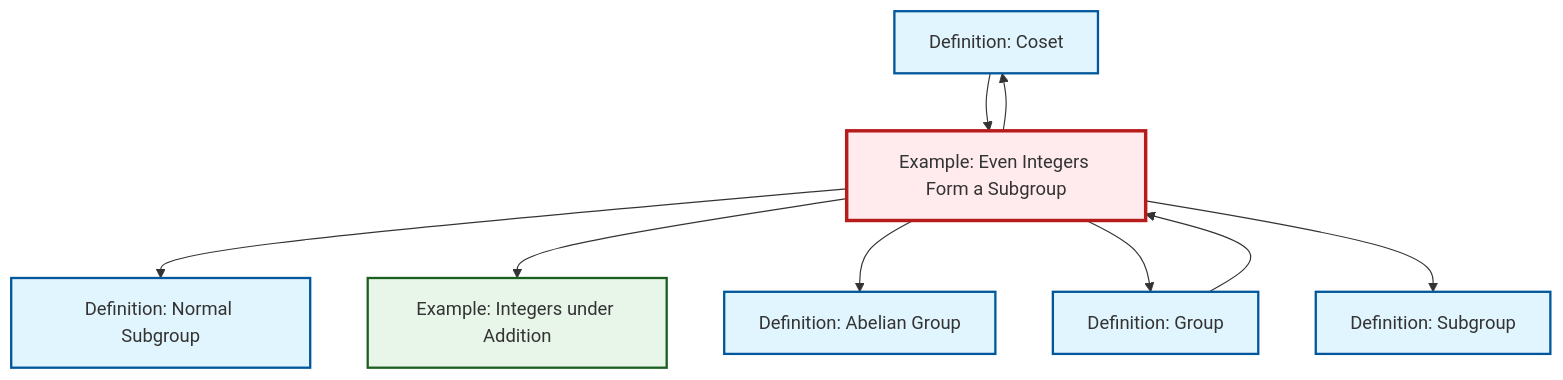
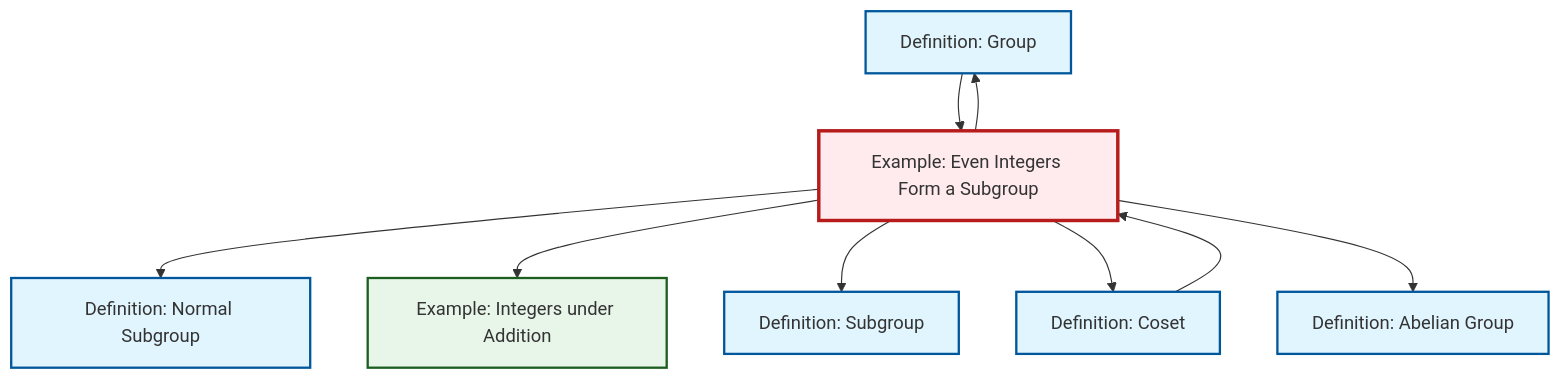
The diagram in output/mermaid/ex-even-integers-subgroup.mermaid (RK0429/ModernMath), drawn with Mermaid before and after one commit. The commit also changed other lines of this file and 1389 other files, not shown here.

```diff
--- a/output/mermaid/ex-even-integers-subgroup.mermaid
+++ b/output/mermaid/ex-even-integers-subgroup.mermaid
@@ -1,23 +1,23 @@
 %%| fig-cap: "Local dependency graph"
 graph TD
     classDef definition fill:#e1f5fe,stroke:#01579b,stroke-width:2px
     classDef theorem fill:#f3e5f5,stroke:#4a148c,stroke-width:2px
     classDef axiom fill:#fff3e0,stroke:#e65100,stroke-width:2px
     classDef example fill:#e8f5e9,stroke:#1b5e20,stroke-width:2px
     classDef current fill:#ffebee,stroke:#b71c1c,stroke-width:3px
-    def-coset["Definition: Coset"]:::definition
     def-subgroup["Definition: Subgroup"]:::definition
     def-abelian-group["Definition: Abelian Group"]:::definition
-    ex-integers-addition["Example: Integers under Addition"]:::example
     def-normal-subgroup["Definition: Normal Subgroup"]:::definition
     def-group["Definition: Group"]:::definition
     ex-even-integers-subgroup["Example: Even Integers Form a Subgroup"]:::example
+    ex-integers-addition["Example: Integers under Addition"]:::example
+    def-coset["Definition: Coset"]:::definition
+    def-group --> ex-even-integers-subgroup
     ex-even-integers-subgroup --> def-normal-subgroup
     ex-even-integers-subgroup --> ex-integers-addition
+    ex-even-integers-subgroup --> def-subgroup
+    ex-even-integers-subgroup --> def-coset
+    ex-even-integers-subgroup --> def-abelian-group
+    ex-even-integers-subgroup --> def-group
     def-coset --> ex-even-integers-subgroup
-    ex-even-integers-subgroup --> def-abelian-group
-    ex-even-integers-subgroup --> def-coset
-    ex-even-integers-subgroup --> def-group
-    ex-even-integers-subgroup --> def-subgroup
-    def-group --> ex-even-integers-subgroup
     class ex-even-integers-subgroup current
```
